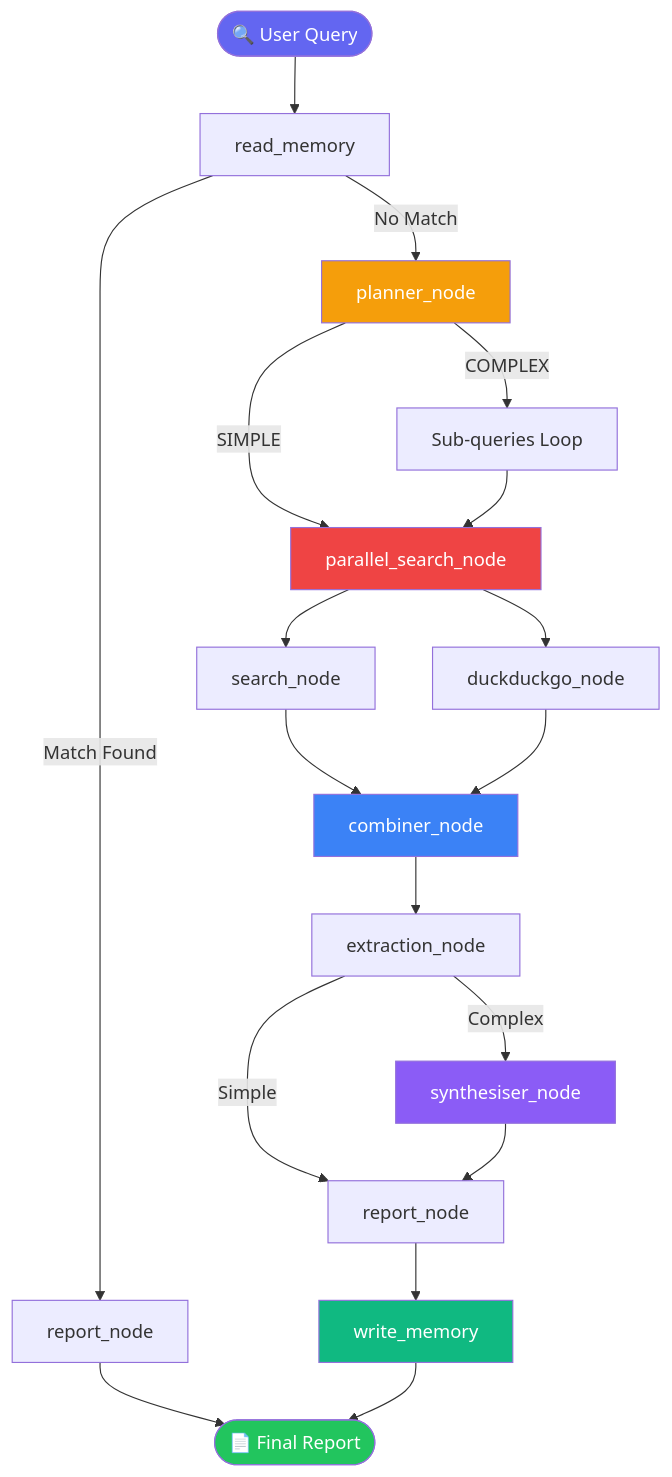
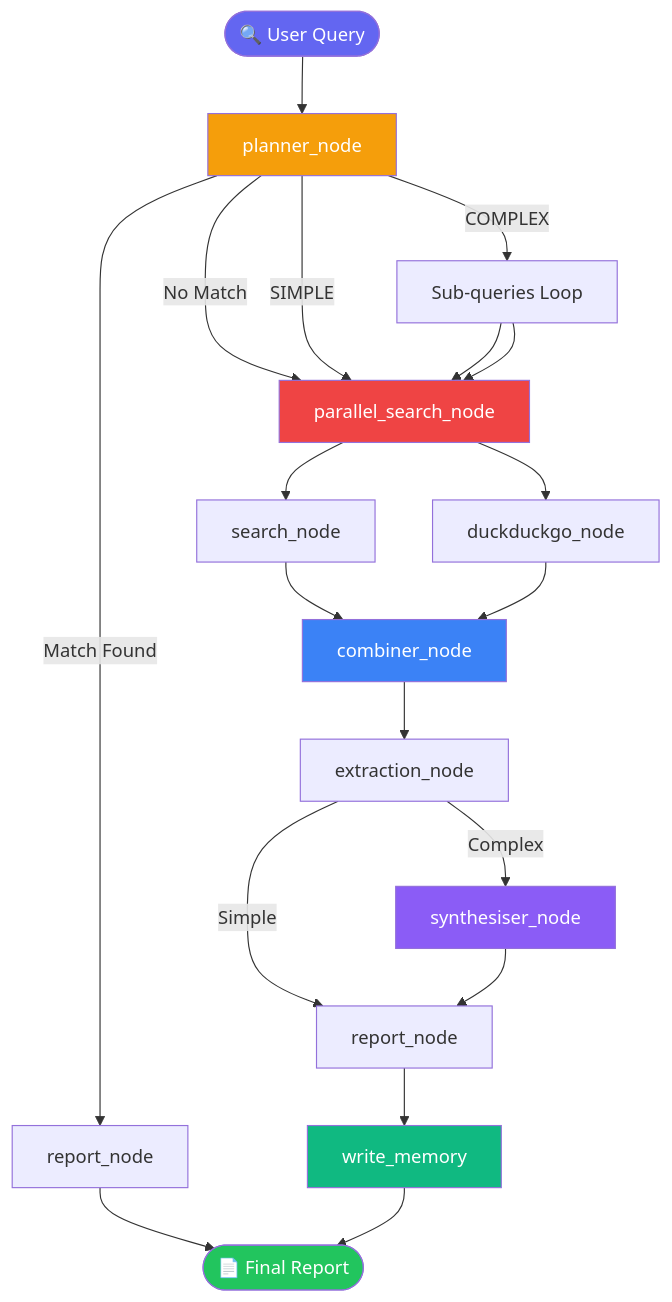
One commit to tanushbuilds/agentic-researcher changed the diagram in README.md. Above: the diagram before and after it, drawn with Mermaid. The commit also changed other lines of this file, not shown here.

````diff
--- a/README.md
+++ b/README.md
@@ -9,33 +9,34 @@
 ```mermaid
 flowchart TD
-    A([🔍 User Query]) --> B[read_memory]
-    B -->|Match Found| C[report_node]
+    A([🔍 User Query]) --> F[planner_node]
+    F -->|Match Found| C[report_node]
     C --> E([📄 Final Report])
-    B -->|No Match| F[planner_node]
+    F -->|No Match| PS[parallel_search_node]
 
     F -->|SIMPLE| PS[parallel_search_node]
     F -->|COMPLEX| I[Sub-queries Loop]
+    I --> PS
     I --> PS
 
     PS --> J[search_node]
     PS --> K[duckduckgo_node]
     J --> L[combiner_node]
     K --> L
 
     L --> N[extraction_node]
 
     N -->|Simple| Q[report_node]
     N -->|Complex| R[synthesiser_node]
     R --> Q
 
     Q --> T[write_memory]
     T --> E
 
     style A fill:#6366f1,color:#fff
     style E fill:#22c55e,color:#fff
     style F fill:#f59e0b,color:#fff
     style PS fill:#ef4444,color:#fff
     style L fill:#3b82f6,color:#fff
     style R fill:#8b5cf6,color:#fff
     style T fill:#10b981,color:#fff
 ```
````
